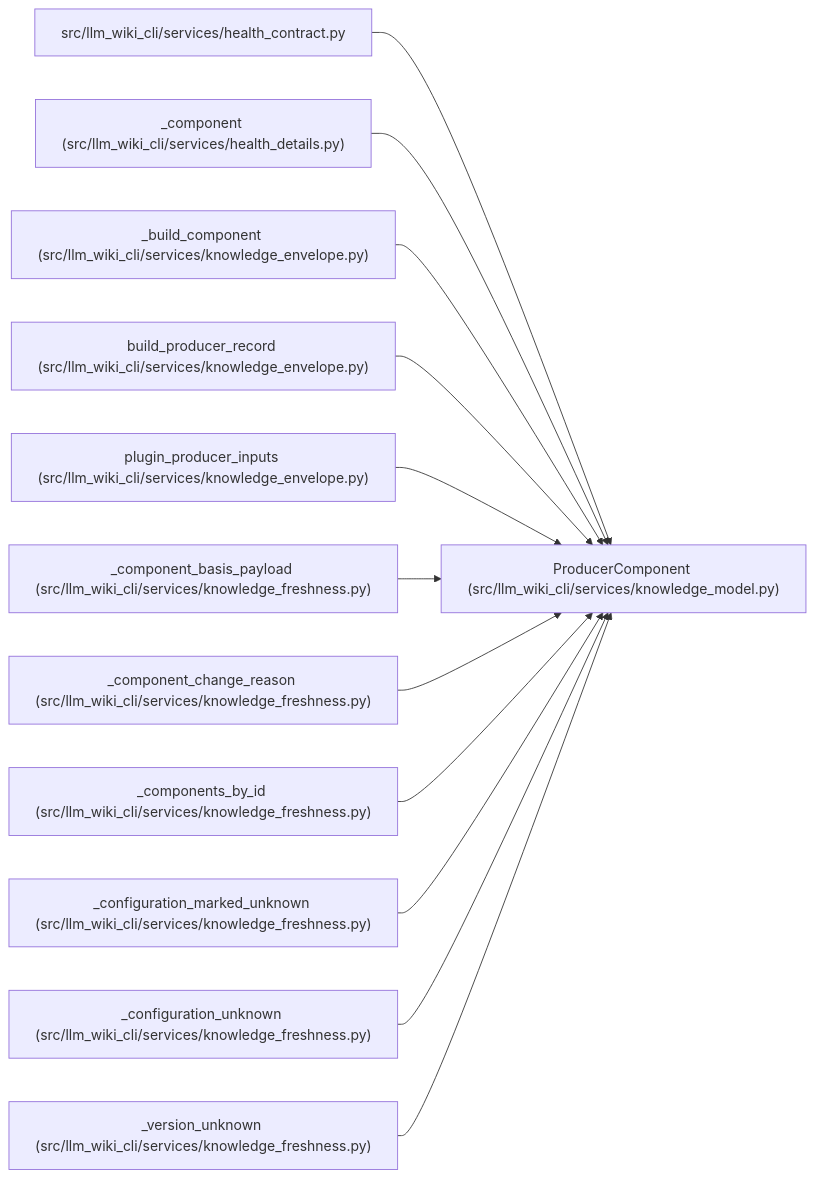
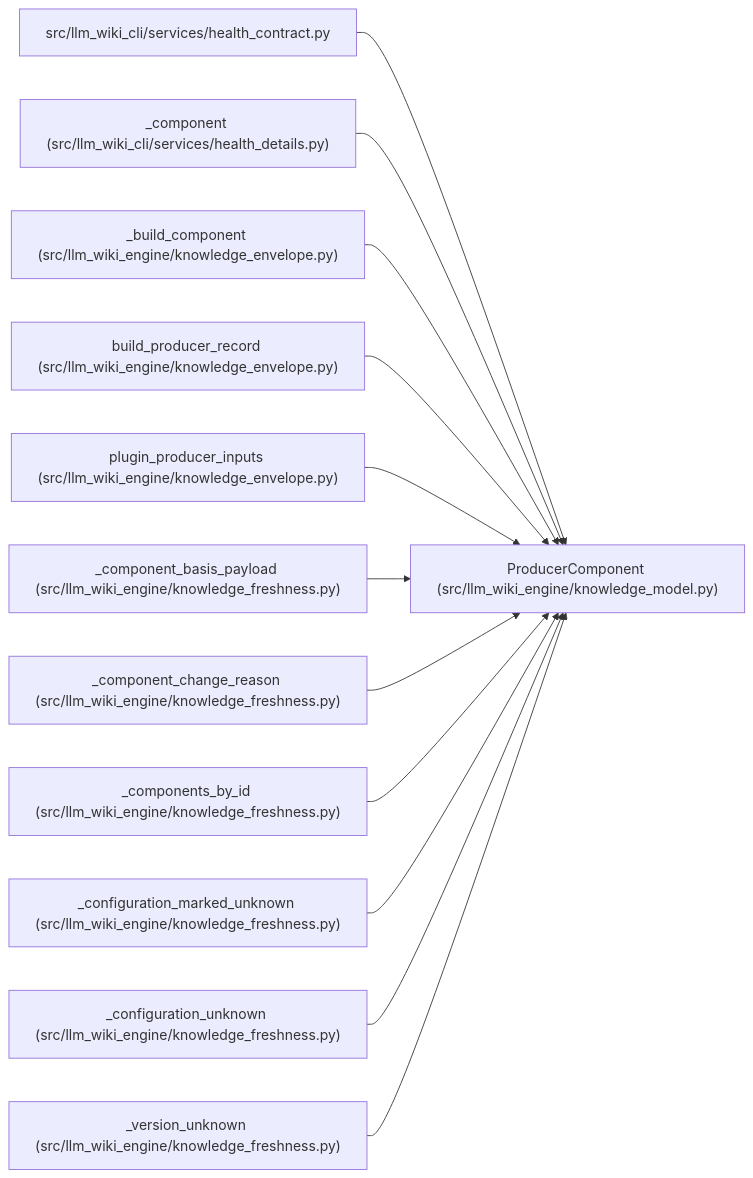
The diagram in docs/llm_wiki/entities/ProducerComponent.md (Denissvgn/python-wiki-llm), drawn with Mermaid before and after one commit. The commit also changed other lines of this file and 1058 other files, not shown here.

First line of the commit message:
docs: refresh the wiki for the knowledge store move

````diff
--- a/docs/llm_wiki/entities/ProducerComponent.md
+++ b/docs/llm_wiki/entities/ProducerComponent.md
@@ -31,38 +31,38 @@
 ```mermaid
 flowchart LR
-    n0["ProducerComponent (src/llm_wiki_cli/services/knowledge_model.py)"]
+    n0["ProducerComponent (src/llm_wiki_engine/knowledge_model.py)"]
     n1["src/llm_wiki_cli/services/health_contract.py"]
     n2["_component (src/llm_wiki_cli/services/health_details.py)"]
-    n3["_build_component (src/llm_wiki_cli/services/knowledge_envelope.py)"]
-    n4["build_producer_record (src/llm_wiki_cli/services/knowledge_envelope.py)"]
-    n5["plugin_producer_inputs (src/llm_wiki_cli/services/knowledge_envelope.py)"]
-    n6["_component_basis_payload (src/llm_wiki_cli/services/knowledge_freshness.py)"]
-    n7["_component_change_reason (src/llm_wiki_cli/services/knowledge_freshness.py)"]
-    n8["_components_by_id (src/llm_wiki_cli/services/knowledge_freshness.py)"]
-    n9["_configuration_marked_unknown (src/llm_wiki_cli/services/knowledge_freshness.py)"]
-    n10["_configuration_unknown (src/llm_wiki_cli/services/knowledge_freshness.py)"]
-    n11["_version_unknown (src/llm_wiki_cli/services/knowledge_freshness.py)"]
+    n3["_build_component (src/llm_wiki_engine/knowledge_envelope.py)"]
+    n4["build_producer_record (src/llm_wiki_engine/knowledge_envelope.py)"]
+    n5["plugin_producer_inputs (src/llm_wiki_engine/knowledge_envelope.py)"]
+    n6["_component_basis_payload (src/llm_wiki_engine/knowledge_freshness.py)"]
+    n7["_component_change_reason (src/llm_wiki_engine/knowledge_freshness.py)"]
+    n8["_components_by_id (src/llm_wiki_engine/knowledge_freshness.py)"]
+    n9["_configuration_marked_unknown (src/llm_wiki_engine/knowledge_freshness.py)"]
+    n10["_configuration_unknown (src/llm_wiki_engine/knowledge_freshness.py)"]
+    n11["_version_unknown (src/llm_wiki_engine/knowledge_freshness.py)"]
     n1 --> n0
     n2 --> n0
     n3 --> n0
     n4 --> n0
     n5 --> n0
     n6 --> n0
     n7 --> n0
     n8 --> n0
     n9 --> n0
     n10 --> n0
     n11 --> n0
     click n0 "../modules/knowledge_model.md"
     click n1 "../modules/health_contract.md"
     click n2 "../modules/health_details.md"
     click n3 "../modules/knowledge_envelope.md"
     click n4 "../modules/knowledge_envelope.md"
     click n5 "../modules/knowledge_envelope.md"
     click n6 "../modules/knowledge_freshness.md"
     click n7 "../modules/knowledge_freshness.md"
     click n8 "../modules/knowledge_freshness.md"
     click n9 "../modules/knowledge_freshness.md"
     click n10 "../modules/knowledge_freshness.md"
     click n11 "../modules/knowledge_freshness.md"
 ```
````
